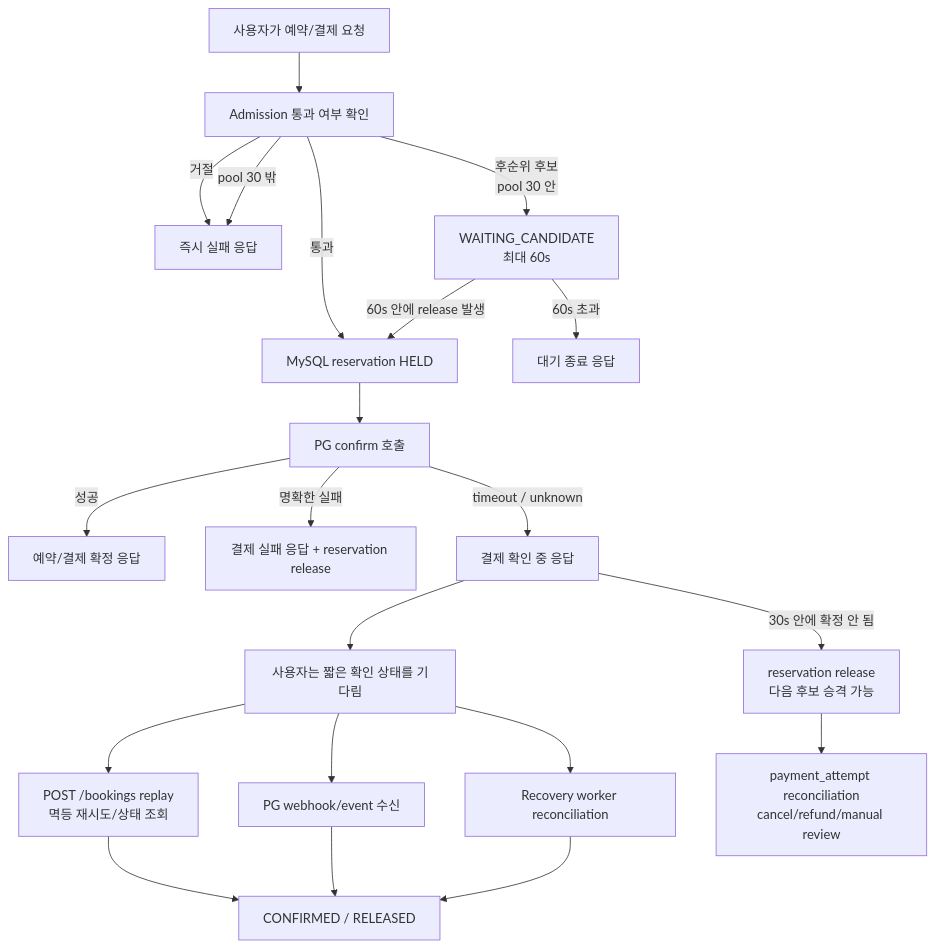
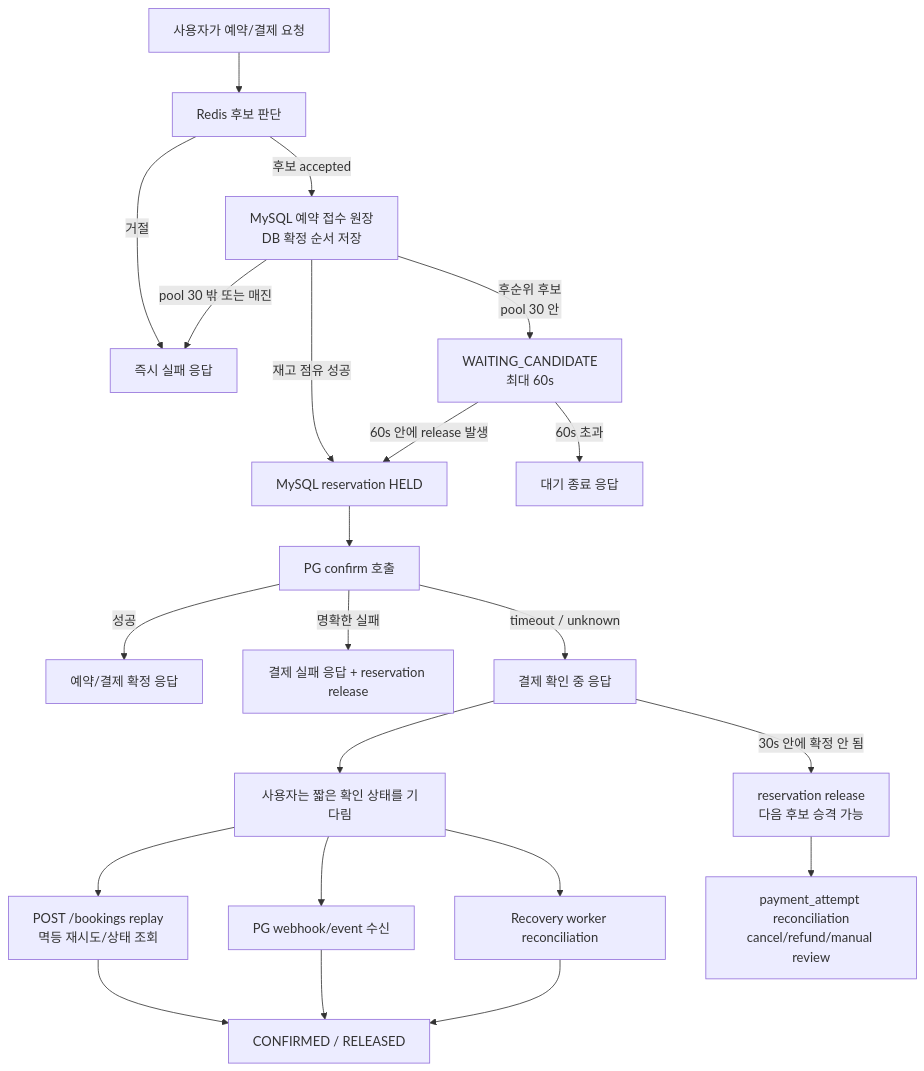
Before and after one commit to lsh1215/peak-booking-system: the second of 6 diagrams in docs/system-design/booking-user-flow-mermaid.md, drawn with Mermaid. The commit also changed other lines of this file and 1 other file, not shown here.

First line of the commit message:
docs: update SDD and booking flow

````diff
--- a/docs/system-design/booking-user-flow-mermaid.md
+++ b/docs/system-design/booking-user-flow-mermaid.md
@@ -74,23 +75,24 @@
 ```mermaid
 flowchart TD
-    Start["사용자가 예약/결제 요청"] --> Admission["Admission 통과 여부 확인"]
-    Admission -->|거절| Reject["즉시 실패 응답"]
-    Admission -->|통과| Hold["MySQL reservation HELD"]
-    Admission -->|후순위 후보<br/>pool 30 안| Candidate["WAITING_CANDIDATE<br/>최대 60s"]
-    Admission -->|pool 30 밖| Reject
+    Start["사용자가 예약/결제 요청"] --> CandidateGate["Redis 후보 판단"]
+    CandidateGate -->|거절| Reject["즉시 실패 응답"]
+    CandidateGate -->|후보 accepted| Ledger["MySQL 예약 접수 원장<br/>DB 확정 순서 저장"]
+    Ledger -->|재고 점유 성공| Hold["MySQL reservation HELD"]
+    Ledger -->|후순위 후보<br/>pool 30 안| Candidate["WAITING_CANDIDATE<br/>최대 60s"]
+    Ledger -->|pool 30 밖 또는 매진| Reject
     Candidate -->|60s 안에 release 발생| Hold
     Candidate -->|60s 초과| WaitExpired["대기 종료 응답"]
     Hold --> Confirm["PG confirm 호출"]
     Confirm -->|성공| Success["예약/결제 확정 응답"]
     Confirm -->|명확한 실패| Fail["결제 실패 응답 + reservation release"]
     Confirm -->|timeout / unknown| Pending["결제 확인 중 응답"]
     Pending --> Wait["사용자는 짧은 확인 상태를 기다림"]
     Pending -->|30s 안에 확정 안 됨| Release["reservation release<br/>다음 후보 승격 가능"]
     Wait --> UserRetry["POST /bookings replay<br/>멱등 재시도/상태 조회"]
     Wait --> Webhook["PG webhook/event 수신"]
     Wait --> Worker["Recovery worker reconciliation"]
     UserRetry --> Final["CONFIRMED / RELEASED"]
     Webhook --> Final
     Worker --> Final
     Release --> PayRecon["payment_attempt reconciliation<br/>cancel/refund/manual review"]
 ```
````
